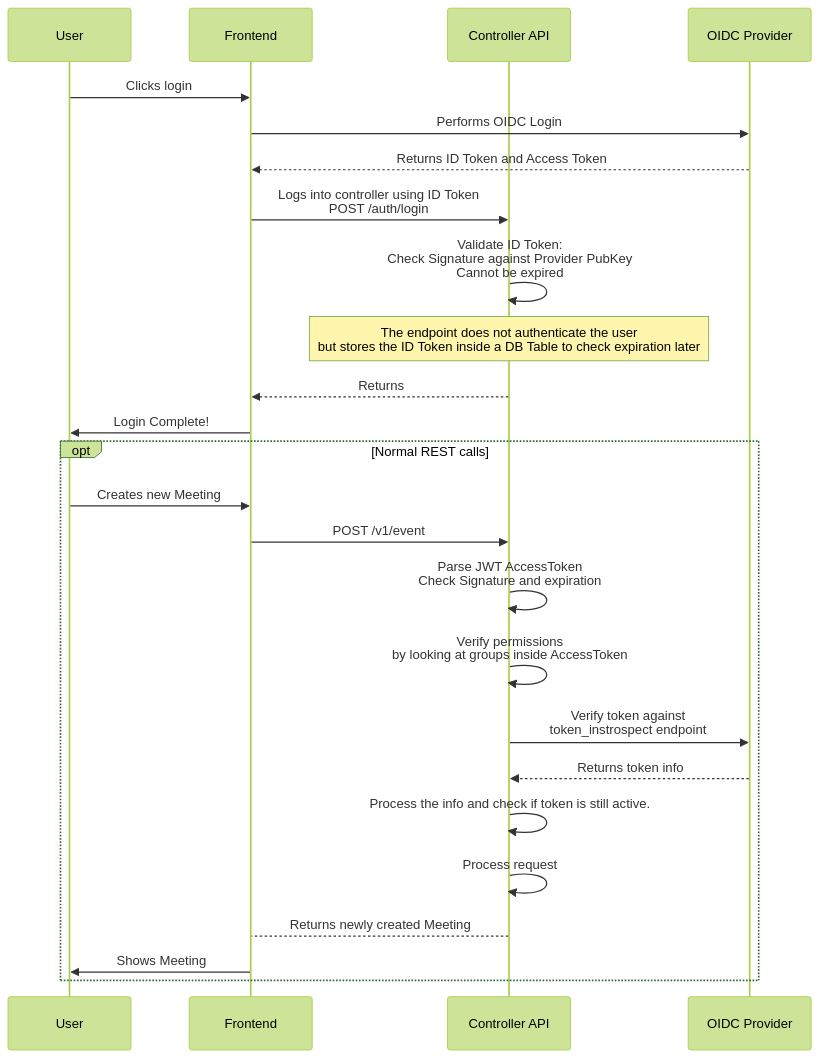
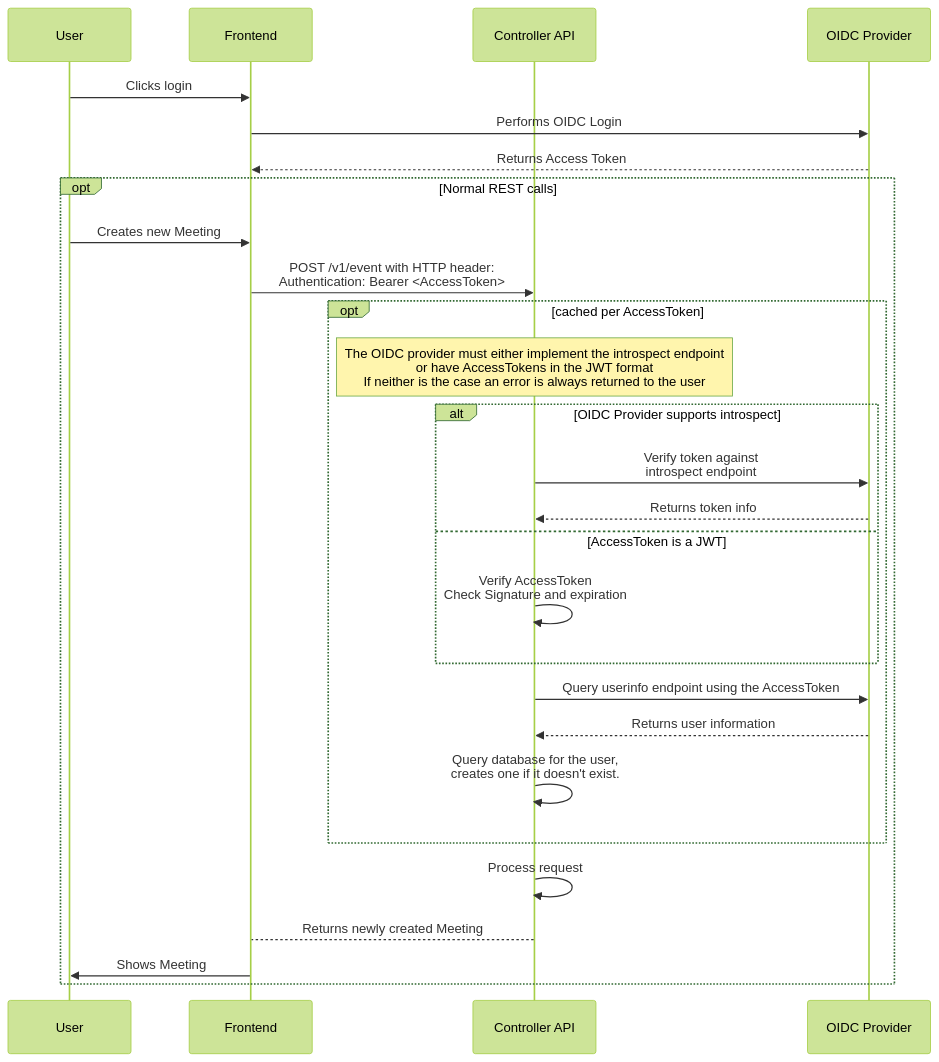
Before and after one commit to opencloud-community/ot-controller: the diagram in docs/admin/under_the_hood/oidc_auth.md, drawn with Mermaid (forest theme). The commit also changed 26 other files, not shown here.

````diff
--- a/docs/admin/under_the_hood/oidc_auth.md
+++ b/docs/admin/under_the_hood/oidc_auth.md
@@ -7,32 +7,38 @@
 ```mermaid
 sequenceDiagram
     participant U as User
     participant F as Frontend
     participant C as Controller API
     participant I as OIDC Provider
 
     U->>F: Clicks login
     F->>I: Performs OIDC Login
-    I-->>F: Returns ID Token and Access Token
-
-    F->>C: Logs into controller using ID Token<br>POST /auth/login
-    C->>C: Validate ID Token:<br>Check Signature against Provider PubKey<br>Cannot be expired
-    Note over C: The endpoint does not authenticate the user<br>but stores the ID Token inside a DB Table to check expiration later
-    C-->>F: Returns
-    F->>U: Login Complete!
+    I-->>F: Returns Access Token
 
     opt Normal REST calls
     U->>F: Creates new Meeting
-    F->>C: POST /v1/event
+    F->>C: POST /v1/event with HTTP header:<br>Authentication: Bearer <AccessToken>
 
-    C->>C: Parse JWT AccessToken<br>Check Signature and expiration
-    C->>C: Verify permissions<br>by looking at groups inside AccessToken
-    C->>I: Verify token against<br>token_instrospect endpoint
-    I-->>C: Returns token info
-    C->>C: Process the info and check if token is still active.
+    opt cached per AccessToken
+        Note over C: The OIDC provider must either implement the introspect endpoint<br>or have AccessTokens in the JWT format<br>If neither is the case an error is always returned to the user
+        alt OIDC Provider supports introspect
+            C->>I: Verify token against<br>introspect endpoint
+            I-->>C: Returns token info
+        else AccessToken is a JWT
+            C->>C: Verify AccessToken<br>Check Signature and expiration
+        end
+
+
+        C->>I: Query userinfo endpoint using the AccessToken
+        I-->>C: Returns user information
+
+        C->>C: Query database for the user,<br>creates one if it doesn't exist.
+
+    end
+
     C->>C: Process request
 
     C-->F: Returns newly created Meeting
     F->>U: Shows Meeting
     end
 ```
````
